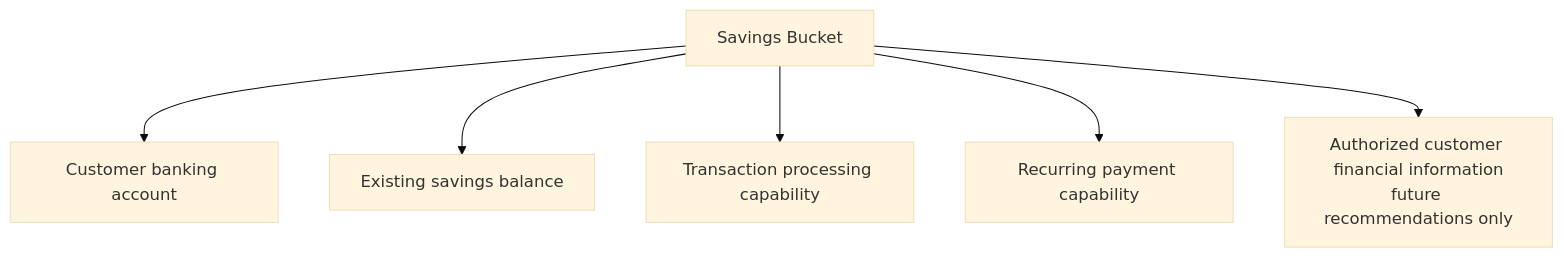
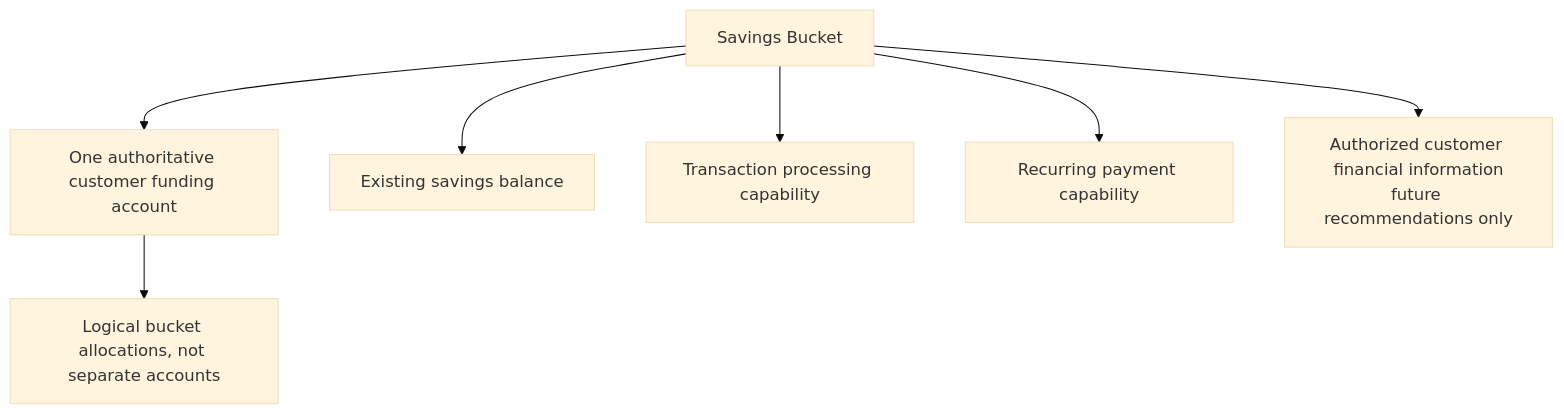
Diagram 12 of 13 in docs/FDE_PRD_Document.md (mphasis-dnyaneshk/savings-bucket-fde), drawn with Mermaid (base theme) before and after one commit. The commit also changed other lines of this file and 5 other files, not shown here.

Commit message:
Added architecture .md document

````diff
--- a/docs/FDE_PRD_Document.md
+++ b/docs/FDE_PRD_Document.md
@@ -369,9 +373,10 @@
 ```mermaid
 flowchart TD
     product[Savings Bucket]
-    product --> account[Customer banking account]
+    product --> account[One authoritative customer funding account]
+    account --> allocation[Logical bucket allocations, not separate accounts]
     product --> balance[Existing savings balance]
     product --> processing[Transaction processing capability]
     product --> recurring[Recurring payment capability]
     product --> financial[Authorized customer financial information\nfuture recommendations only]
 ```
````
